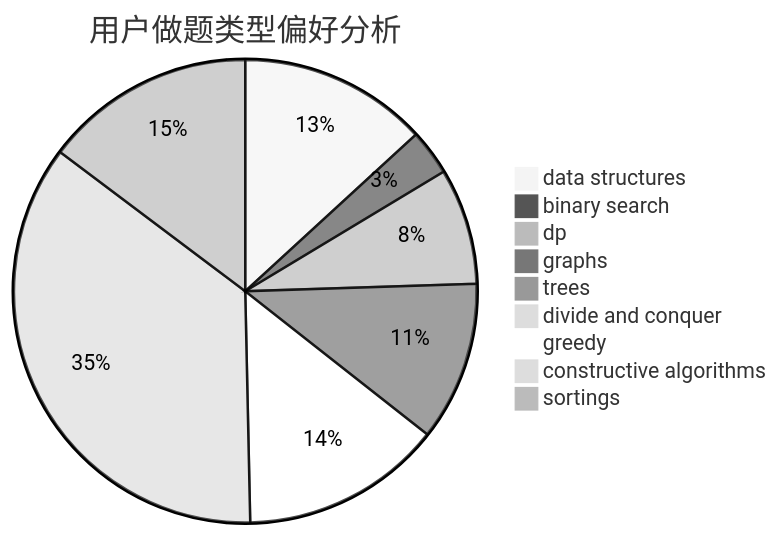
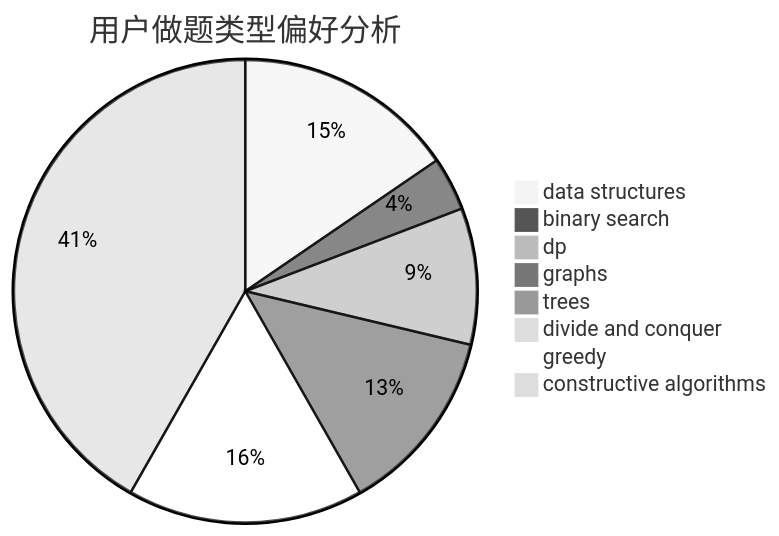
Before and after one commit to sherpahu/cfrs.github.io: the second of 3 diagrams in docs/user/u320.md, drawn with Mermaid (neutral theme). The commit also changed other lines of this file and 2769 other files, not shown here.

````diff
--- a/docs/user/u320.md
+++ b/docs/user/u320.md
@@ -18,12 +18,11 @@
 ```mermaid
 pie title 用户做题类型偏好分析
     "data structures" :  211
     "binary search" :  51
     "dp" :  130
     "graphs" :  178
     "trees" :  9
     "divide and conquer" :  0
     "greedy" :  225
     "constructive algorithms" :  570
-    "sortings" :  236
 ```
````
